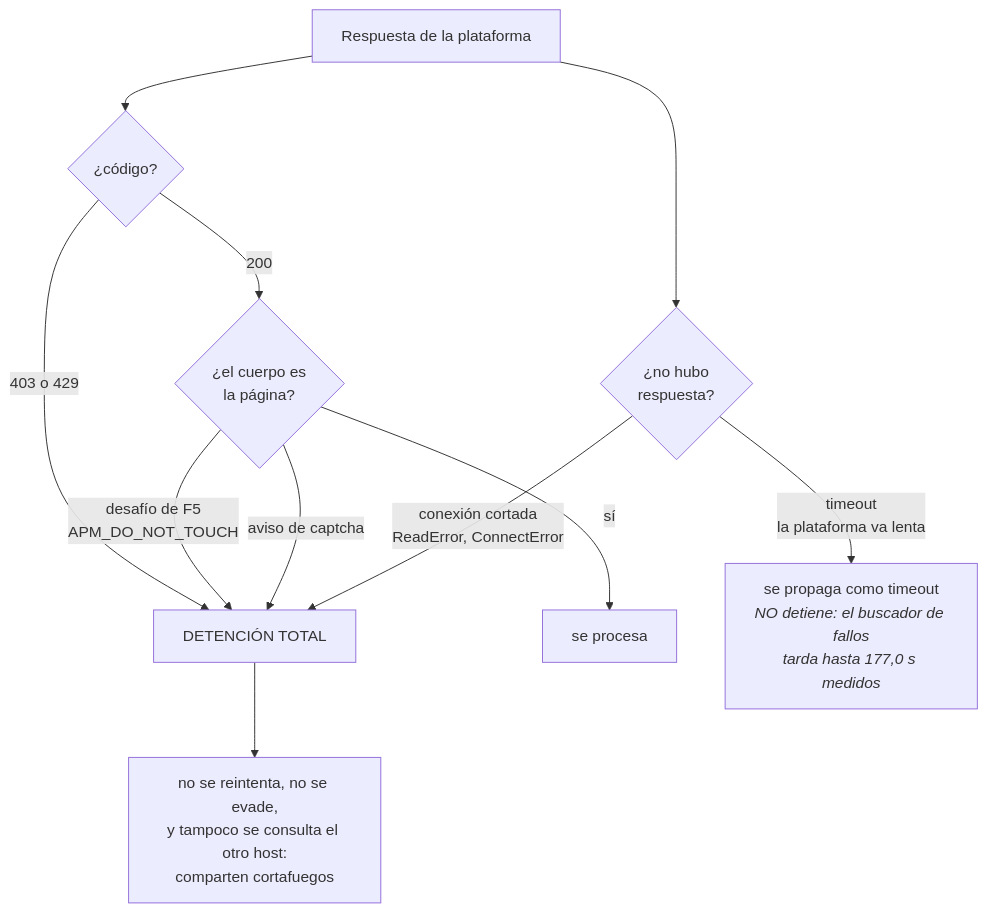
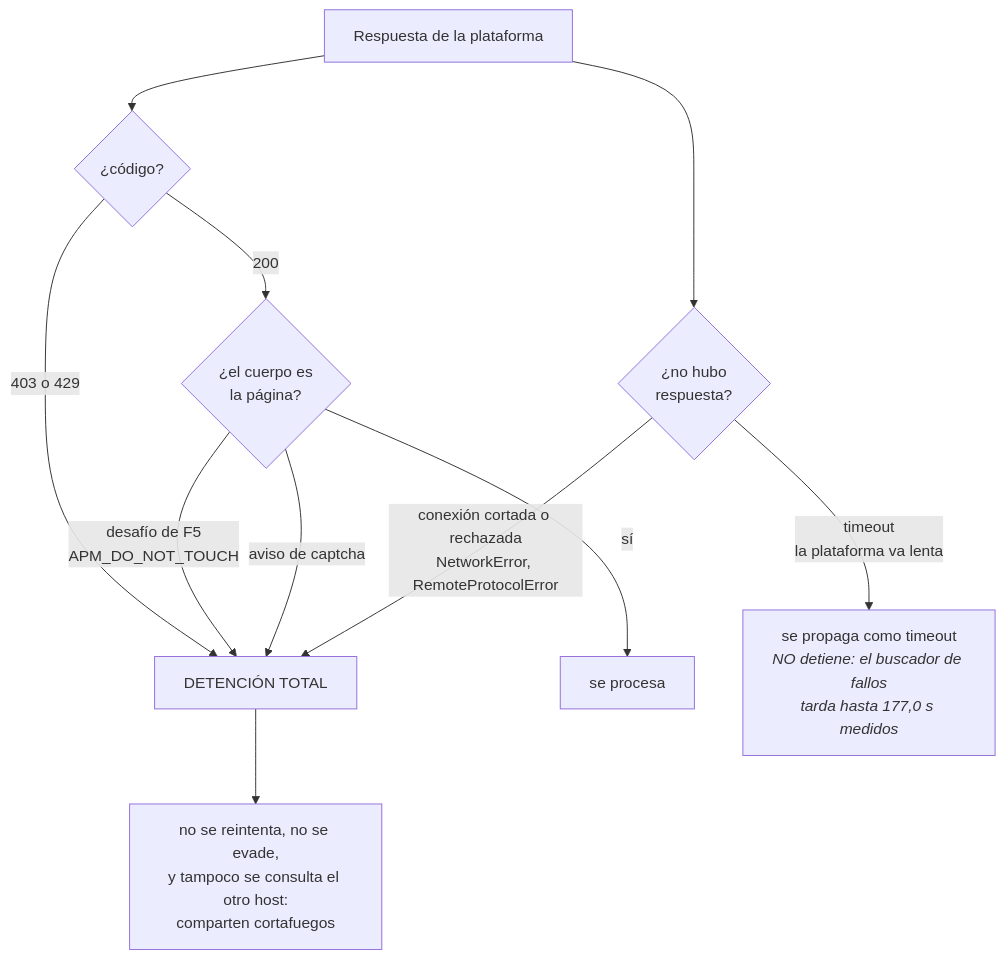
Before and after one commit to notluquis/mcp-pjud-cl: the diagram in docs/cumplimiento.md, drawn with Mermaid. The commit also changed other lines of this file and 1 other file, not shown here.

First line of the commit message:
fix: el diagrama de la detención enumeraba dos subclases donde la constante son dos bases

````diff
--- a/docs/cumplimiento.md
+++ b/docs/cumplimiento.md
@@ -62,13 +64,13 @@
 ```mermaid
 graph TD
   R["Respuesta de la plataforma"] --> A{"¿código?"}
   A -->|"403 o 429"| B["DETENCIÓN TOTAL"]
   A -->|"200"| C{"¿el cuerpo es<br/>la página?"}
   C -->|"desafío de F5<br/>APM_DO_NOT_TOUCH"| B
   C -->|"aviso de captcha"| B
   C -->|"sí"| OK["se procesa"]
   R --> X{"¿no hubo<br/>respuesta?"}
-  X -->|"conexión cortada<br/>ReadError, ConnectError"| B
+  X -->|"conexión cortada o rechazada<br/>NetworkError, RemoteProtocolError"| B
   X -->|"timeout<br/>la plataforma va lenta"| T["se propaga como timeout<br/><i>NO detiene: el buscador de fallos<br/>tarda hasta 177,0 s medidos</i>"]
   B --> F["no se reintenta, no se evade,<br/>y tampoco se consulta el otro host:<br/>comparten cortafuegos"]
 ```
````
